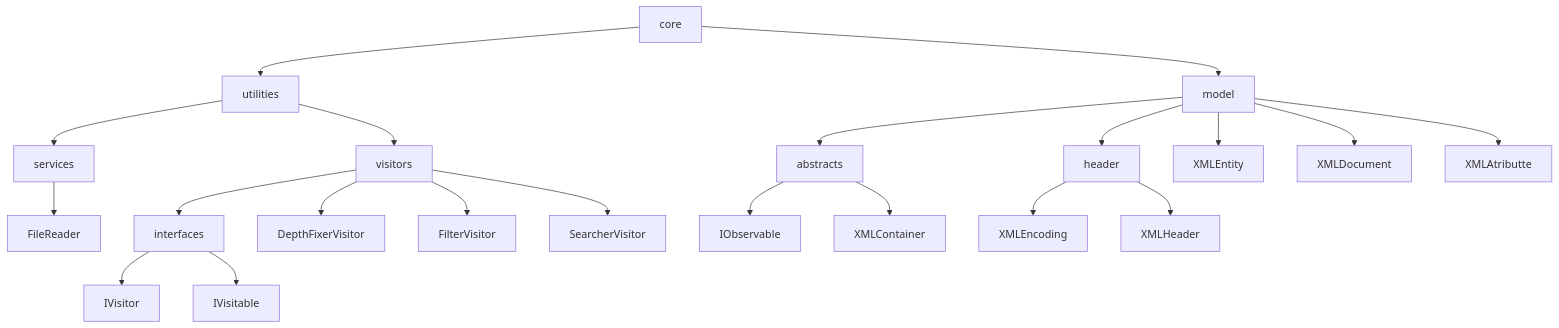
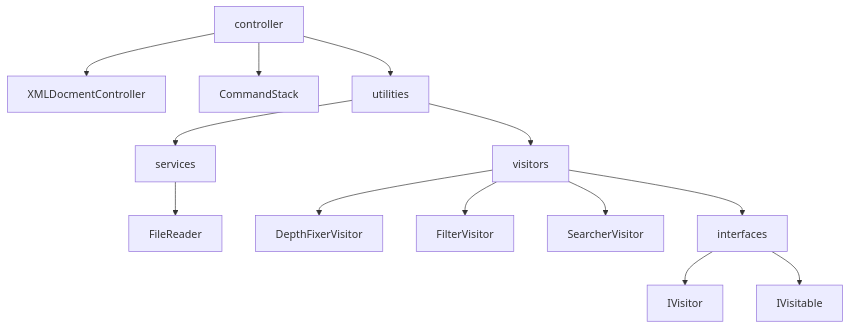
The second of 8 diagrams in README.md (JoaoAlmeida-dev/XML-Generator-API-AdvancedProgramming), drawn with Mermaid before and after one commit. The commit also changed other lines of this file, not shown here.

````diff
--- a/README.md
+++ b/README.md
@@ -45,26 +62,19 @@
 ```mermaid
 graph TD;
-   core --> model
-   core --> utilities
+
+   controller --> XMLDocmentController
+   controller --> CommandStack
+   controller --> utilities
    
    utilities --> services
    services --> FileReader
+   
    utilities --> visitors
-   visitors --> interfaces
-   interfaces --> IVisitor
-   interfaces --> IVisitable
    visitors --> DepthFixerVisitor
    visitors --> FilterVisitor
    visitors --> SearcherVisitor
    
-   model --> abstracts
-   abstracts --> IObservable
-   abstracts --> XMLContainer
-   model --> header
-   header --> XMLEncoding
-   header --> XMLHeader
-   model --> XMLEntity
-   model --> XMLDocument
-   model --> XMLAtributte
-   
+   visitors --> interfaces
+   interfaces --> IVisitor
+   interfaces --> IVisitable   
 ```
````
